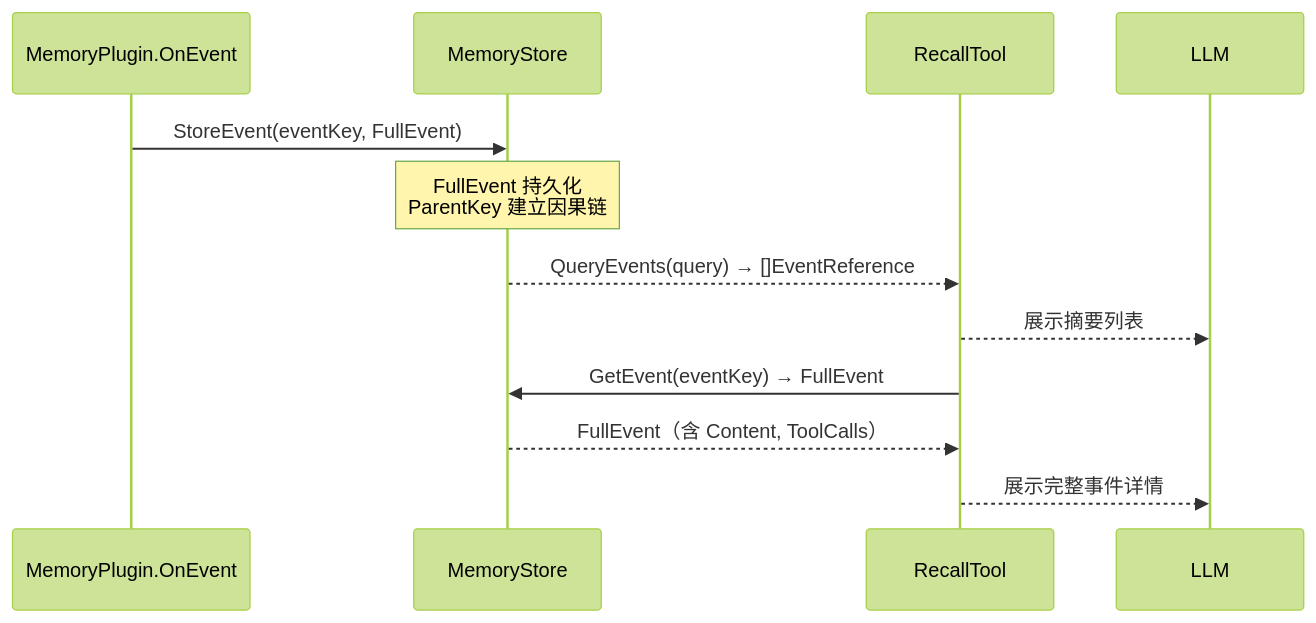
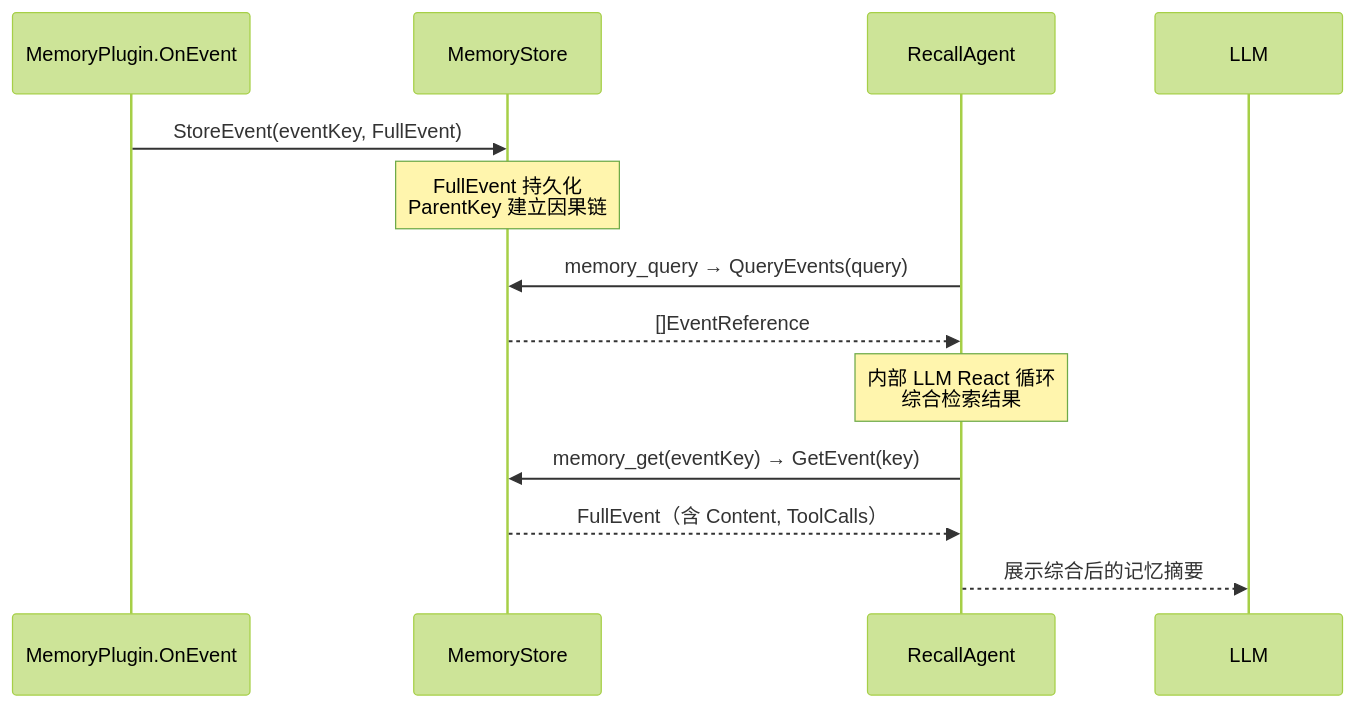
Before and after one commit to SpellingDragon/tagent: the third of 3 diagrams in docs/wiki/memory/memory-architecture.md, drawn with Mermaid (forest theme). The commit also changed other lines of this file and 33 other files, not shown here.

First line of the commit message:
feat: Snowflake EventKey + PartitionID isolation + tool agent refactoring

````diff
--- a/docs/wiki/memory/memory-architecture.md
+++ b/docs/wiki/memory/memory-architecture.md
@@ -424,17 +507,18 @@
 ```mermaid
 sequenceDiagram
     participant MP as MemoryPlugin.OnEvent
     participant MS as MemoryStore
-    participant RT as RecallTool
+    participant RA as RecallAgent
     participant LLM as LLM
 
     MP->>MS: StoreEvent(eventKey, FullEvent)
     Note over MS: FullEvent 持久化<br/>ParentKey 建立因果链
 
-    MS-->>RT: QueryEvents(query) → []EventReference
-    RT-->>LLM: 展示摘要列表
+    RA->>MS: memory_query → QueryEvents(query)
+    MS-->>RA: []EventReference
+    Note over RA: 内部 LLM React 循环<br/>综合检索结果
 
-    RT->>MS: GetEvent(eventKey) → FullEvent
-    MS-->>RT: FullEvent（含 Content, ToolCalls）
-    RT-->>LLM: 展示完整事件详情
+    RA->>MS: memory_get(eventKey) → GetEvent(key)
+    MS-->>RA: FullEvent（含 Content, ToolCalls）
+    RA-->>LLM: 展示综合后的记忆摘要
 ```
````
